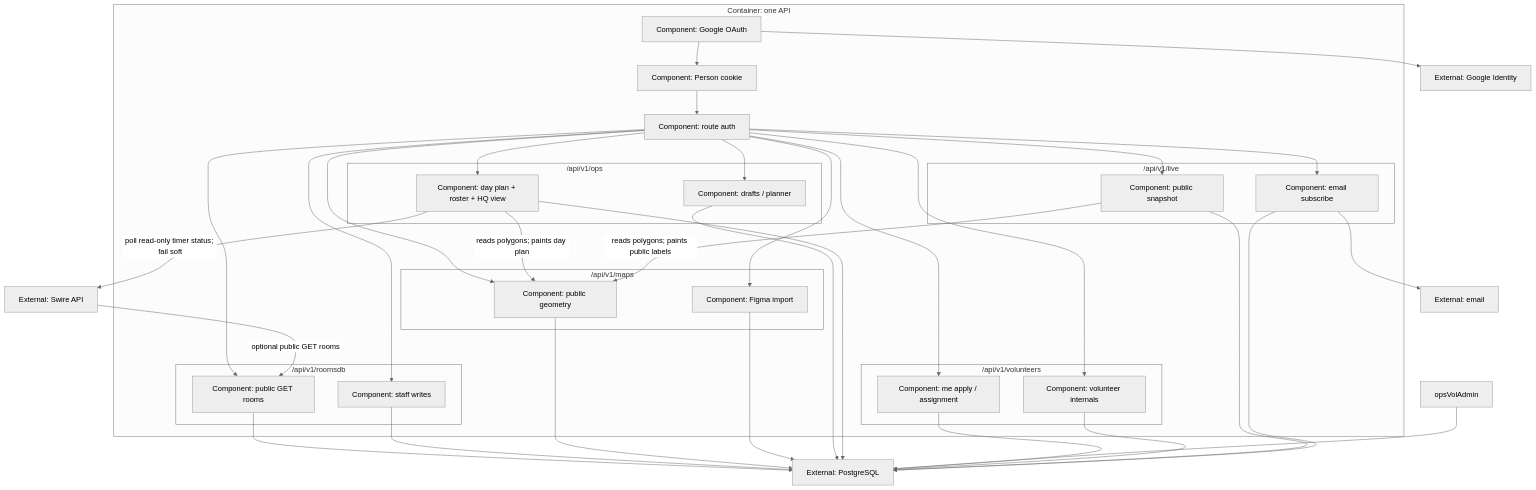
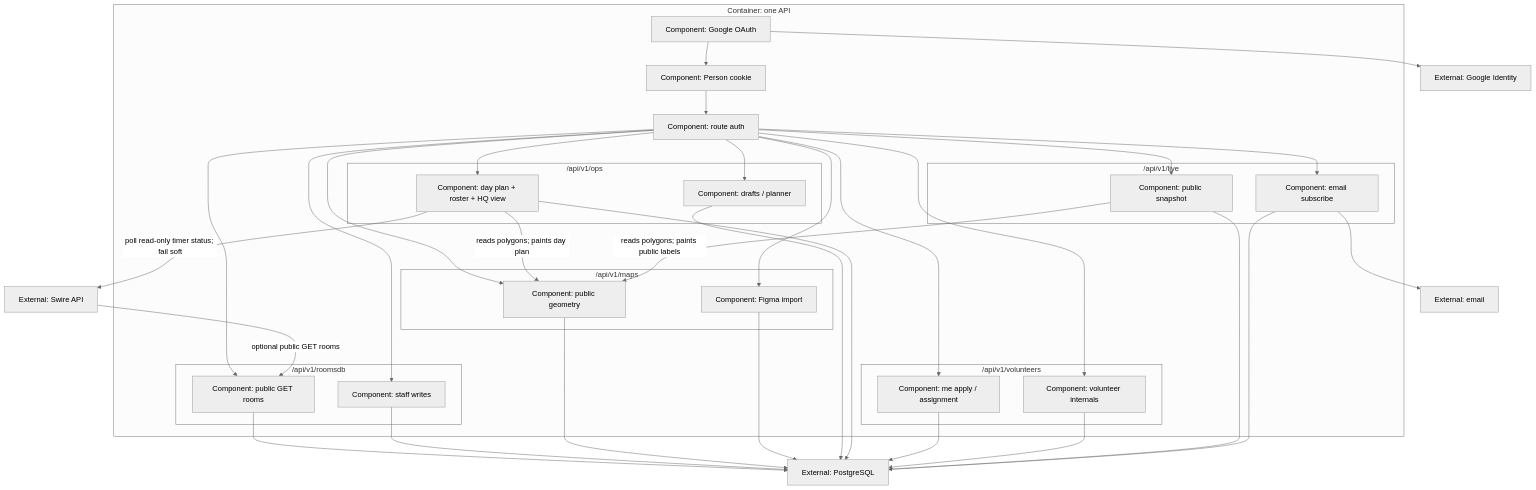
The first of 2 diagrams in specs/2026-08-24-api-c3.md (tri2k/room-allocations-demo), drawn with Mermaid before and after one commit.

Commit message:
docs: drop volunteer admin from the HQ component
Those writes sit on the volunteers folder.

````diff
--- a/specs/2026-08-24-api-c3.md
+++ b/specs/2026-08-24-api-c3.md
@@ -11,62 +11,61 @@
 ```mermaid
 %%{init: {"theme": "neutral"}}%%
 flowchart TB
   subgraph api [Container: one API]
     googleAuth["Component: Google OAuth"]
     personSess["Component: Person cookie"]
     gate["Component: route auth"]
     subgraph roomsdbFolder ["/api/v1/roomsdb"]
       roomsdbPublic["Component: public GET rooms"]
       roomsdbStaff["Component: staff writes"]
     end
     subgraph mapsFolder ["/api/v1/maps"]
       mapsPublic["Component: public geometry"]
       mapsStaff["Component: Figma import"]
     end
     subgraph opsFolder ["/api/v1/ops"]
       opsDrafts["Component: drafts / planner"]
       opsDay["Component: day plan + roster + HQ view"]
     end
     subgraph volFolder ["/api/v1/volunteers"]
       volMe["Component: me apply / assignment"]
       volInternal["Component: volunteer internals"]
     end
     subgraph liveFolder ["/api/v1/live"]
       liveSnap["Component: public snapshot"]
       liveSub["Component: email subscribe"]
     end
   end
   swire["External: Swire API"]
   google["External: Google Identity"]
   postgres["External: PostgreSQL"]
   mail["External: email"]
   googleAuth --> google
   googleAuth --> personSess
   personSess --> gate
   gate --> roomsdbPublic
   gate --> roomsdbStaff
   gate --> mapsPublic
   gate --> mapsStaff
   gate --> opsDrafts
   gate --> opsDay
   gate --> volMe
   gate --> volInternal
   gate --> liveSnap
   gate --> liveSub
   opsDay -->|"reads polygons; paints day plan"| mapsPublic
   liveSnap -->|"reads polygons; paints public labels"| mapsPublic
   opsDay -->|"poll read-only timer status; fail soft"| swire
   swire -->|"optional public GET rooms"| roomsdbPublic
   roomsdbPublic --> postgres
   roomsdbStaff --> postgres
   mapsPublic --> postgres
   mapsStaff --> postgres
   opsDrafts --> postgres
   opsDay --> postgres
-  opsVolAdmin --> postgres
   volMe --> postgres
   volInternal --> postgres
   liveSnap --> postgres
   liveSub --> postgres
   liveSub --> mail
 ```
````
